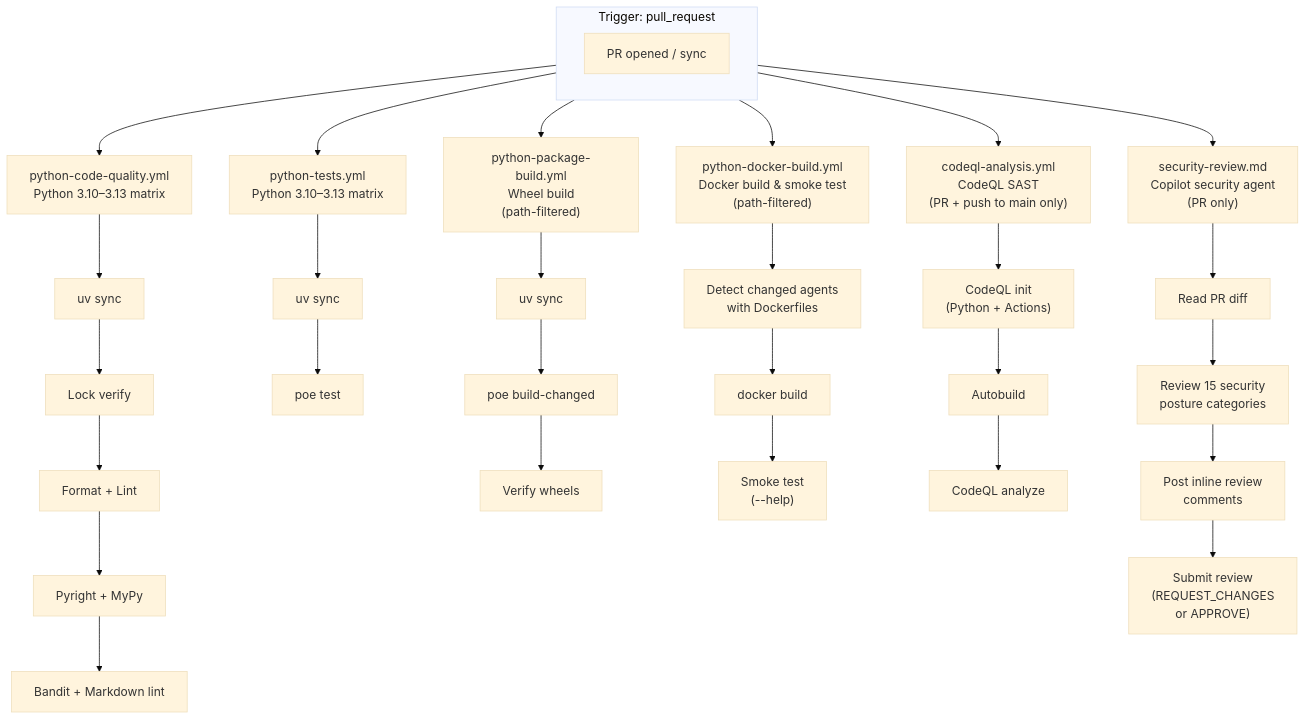
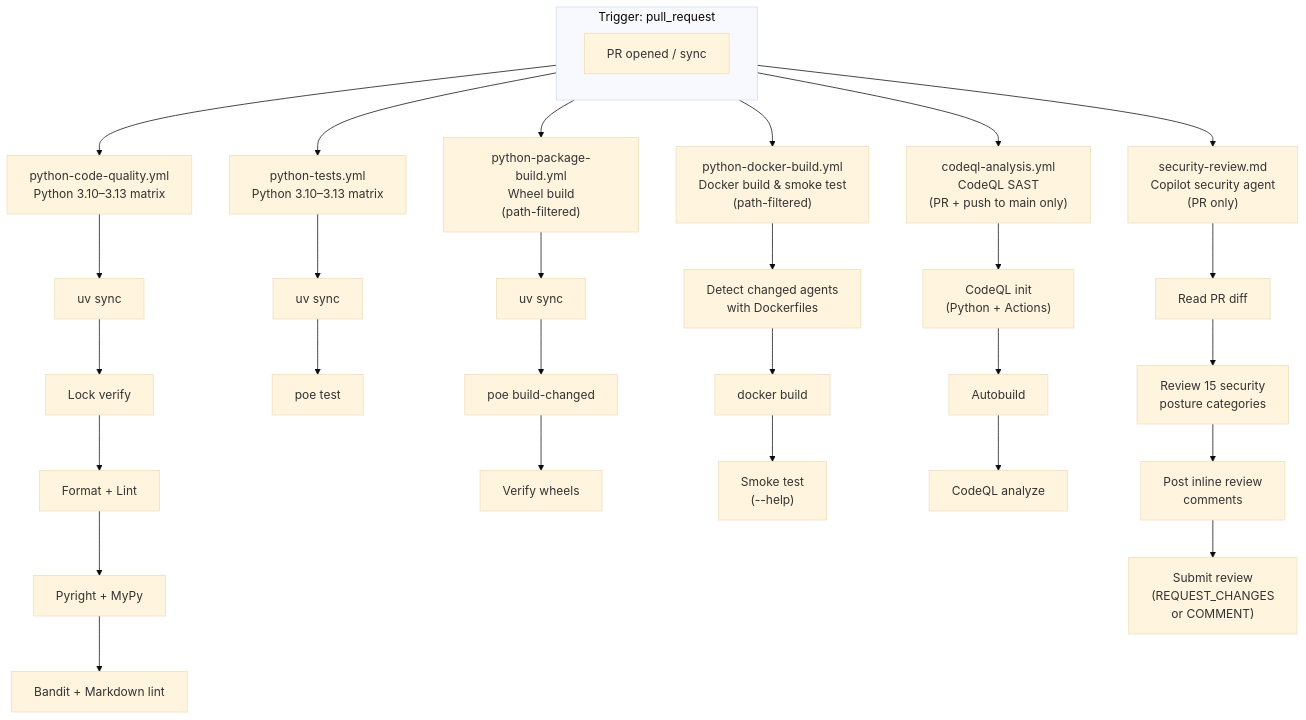
The sixth of 9 diagrams in README.md (pmalarme/python-agent-template), drawn with Mermaid (base theme) before and after one commit. The commit also changed other lines of this file and 6 other files, not shown here.

````diff
--- a/README.md
+++ b/README.md
@@ -276,40 +274,40 @@
 ```mermaid
 flowchart TD
     subgraph trigger["Trigger: pull_request"]
         direction LR
         T1["PR opened / sync"]
     end
 
     trigger --> CQ_QUAL["python-code-quality.yml<br/>Python 3.10–3.13 matrix"]
     trigger --> CQ_TEST["python-tests.yml<br/>Python 3.10–3.13 matrix"]
     trigger --> PB["python-package-build.yml<br/>Wheel build<br/>(path-filtered)"]
     trigger --> DK["python-docker-build.yml<br/>Docker build &amp; smoke test<br/>(path-filtered)"]
     trigger --> CQ["codeql-analysis.yml<br/>CodeQL SAST<br/>(PR + push to main only)"]
     trigger --> SR["security-review.md<br/>Copilot security agent<br/>(PR only)"]
 
     CQ_QUAL --> CQ_QUAL1["uv sync"]
     CQ_QUAL1 --> CQ_QUAL1b["Lock verify"]
     CQ_QUAL1b --> CQ_QUAL2["Format + Lint"]
     CQ_QUAL2 --> CQ_QUAL3["Pyright + MyPy"]
     CQ_QUAL3 --> CQ_QUAL4["Bandit + Markdown lint"]
 
     CQ_TEST --> CQ_TEST1["uv sync"]
     CQ_TEST1 --> CQ_TEST2["poe test"]
 
     PB --> PB1["uv sync"]
     PB1 --> PB2["poe build-changed"]
     PB2 --> PB3["Verify wheels"]
 
     DK --> DK1["Detect changed agents<br/>with Dockerfiles"]
     DK1 --> DK2["docker build"]
     DK2 --> DK3["Smoke test<br/>(--help)"]
 
     CQ --> CQ1["CodeQL init<br/>(Python + Actions)"]
     CQ1 --> CQ2["Autobuild"]
     CQ2 --> CQ3["CodeQL analyze"]
 
     SR --> SR1["Read PR diff"]
     SR1 --> SR2["Review 15 security<br/>posture categories"]
     SR2 --> SR3["Post inline review<br/>comments"]
-    SR3 --> SR4["Submit review<br/>(REQUEST_CHANGES<br/>or APPROVE)"]
+    SR3 --> SR4["Submit review<br/>(REQUEST_CHANGES<br/>or COMMENT)"]
 ```
````
